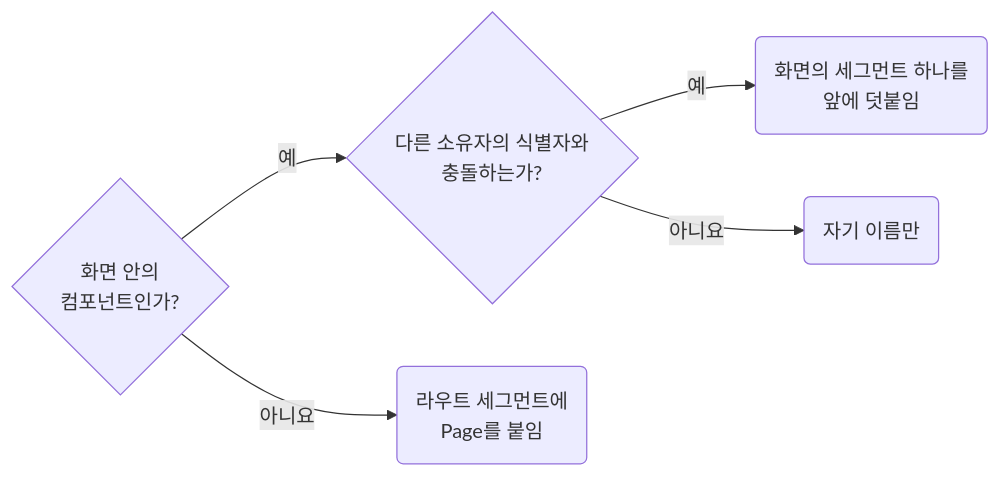
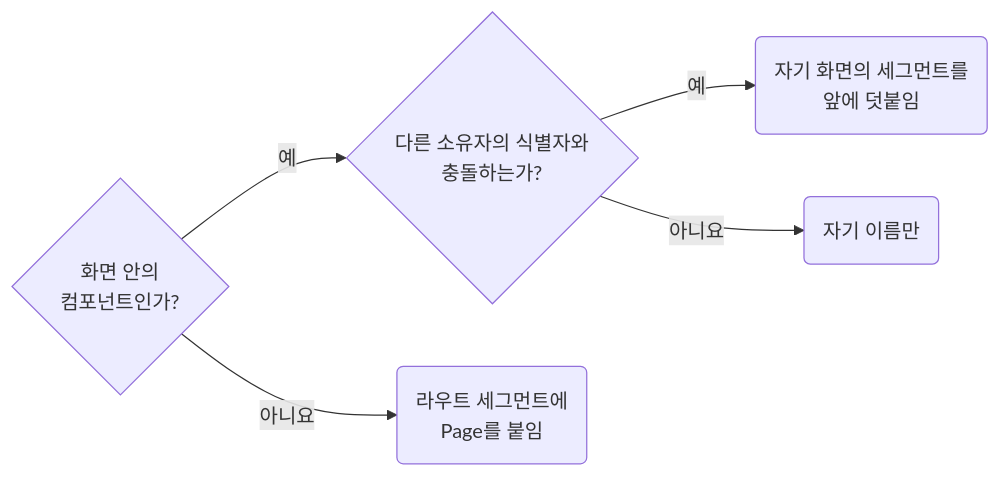
The diagram in skill/css/rules/01-04-naming-keep-page-slug-traceable.md (nomeehej/agent-conventions), drawn with Mermaid before and after one commit. The commit also changed other lines of this file and 54 other files, not shown here.

````diff
--- a/skill/css/rules/01-04-naming-keep-page-slug-traceable.md
+++ b/skill/css/rules/01-04-naming-keep-page-slug-traceable.md
@@ -19,6 +19,6 @@
 ```mermaid
 flowchart LR
-	q1{"화면 안의<br>컴포넌트인가?"} -- 예 --> q2{"다른 소유자의 식별자와<br>충돌하는가?"} -- 예 --> r2("화면의 세그먼트 하나를<br>앞에 덧붙임")
+	q1{"화면 안의<br>컴포넌트인가?"} -- 예 --> q2{"다른 소유자의 식별자와<br>충돌하는가?"} -- 예 --> r2("자기 화면의 세그먼트를<br>앞에 덧붙임")
 	q1 -- 아니요 --> r1("라우트 세그먼트에<br>Page를 붙임")
 	q2 -- 아니요 --> r3("자기 이름만")
 ```
````
